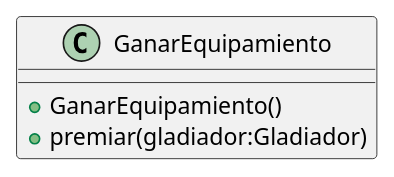
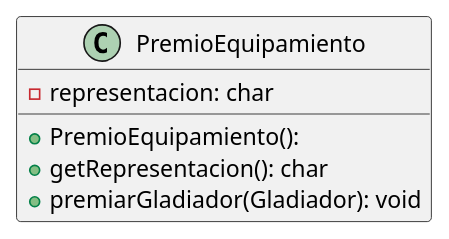
Before and after one commit to mcumskov/Algo3_tp2: the diagram in diagrams/clases/casilla/clase_ganarEquipamiento.plantuml, drawn with PlantUML. The commit also changed 25 other files, not shown here.

Commit message:
actualizo mas diagramas

```diff
--- a/diagrams/clases/casilla/clase_ganarEquipamiento.plantuml
+++ b/diagrams/clases/casilla/clase_ganarEquipamiento.plantuml
@@ -1,6 +1,11 @@
 @startuml
-class GanarEquipamiento {
-  + GanarEquipamiento()
-  + premiar(gladiador:Gladiador)
+skinparam linetype ortho
+
+class PremioEquipamiento {
+  + PremioEquipamiento():
+  - representacion: char
+  + getRepresentacion(): char
+  + premiarGladiador(Gladiador): void
 }
+
 @enduml
```
